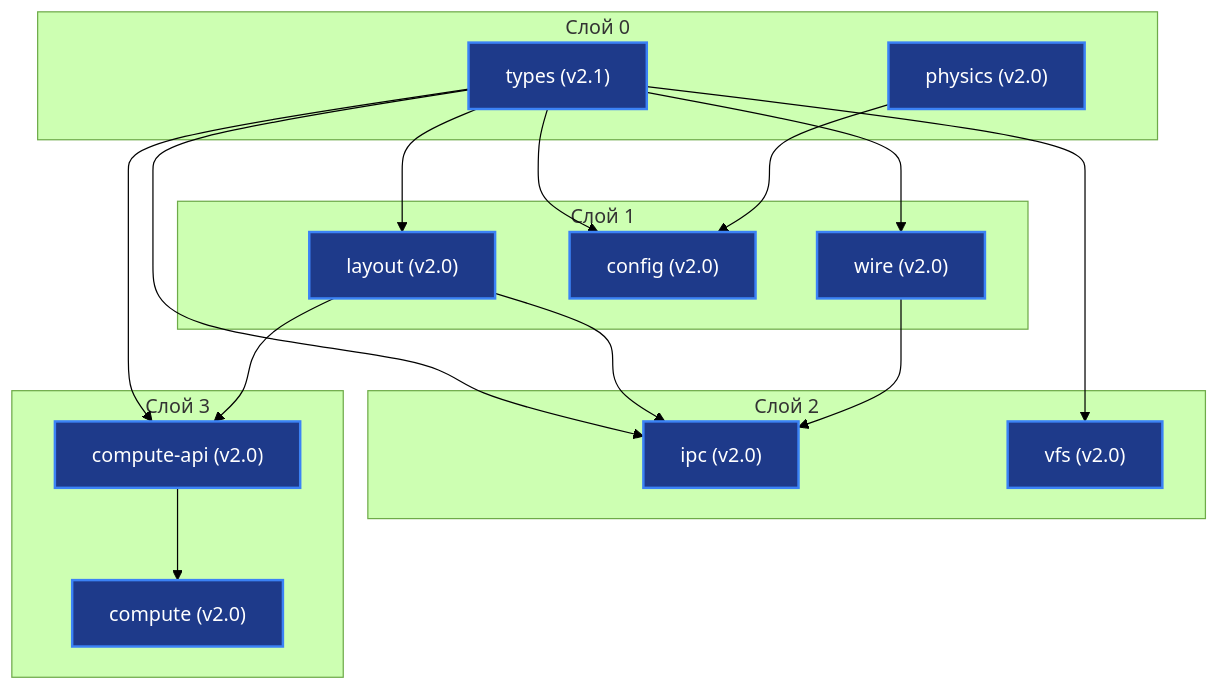
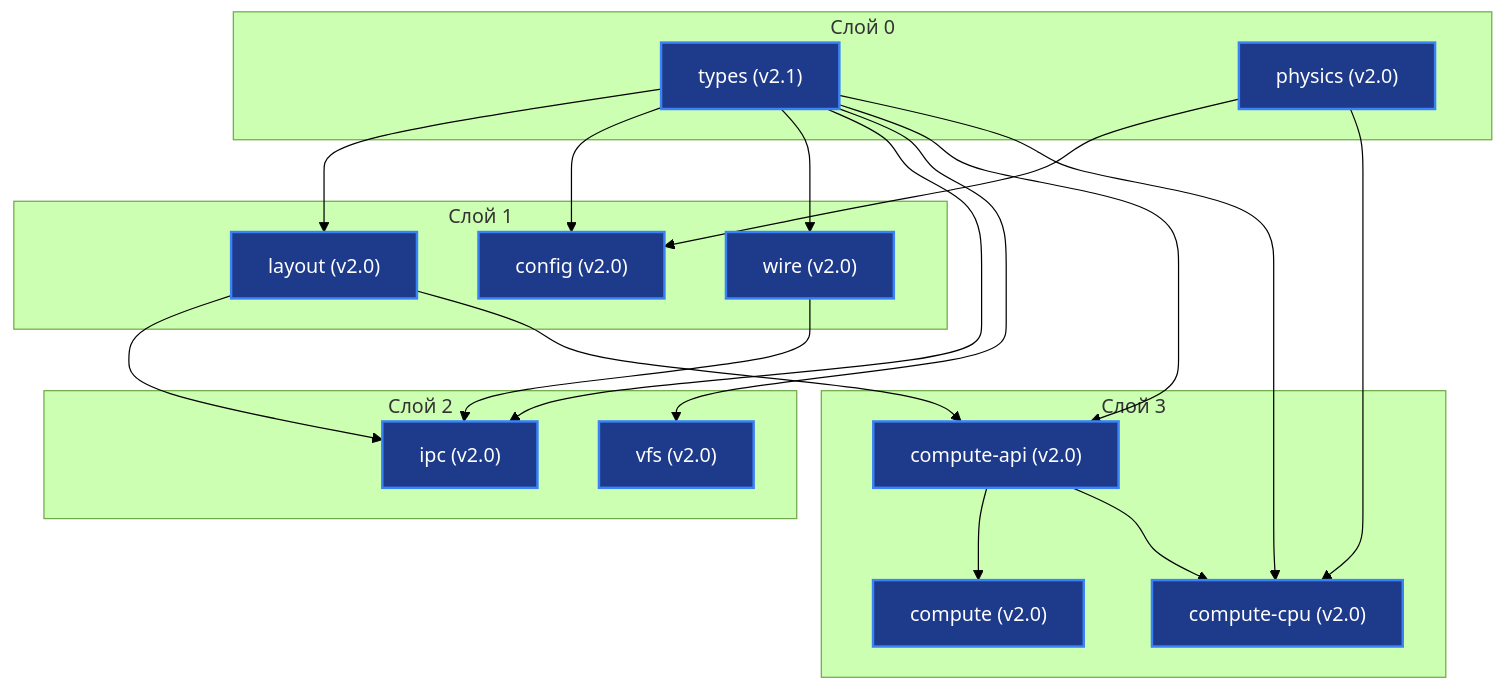
One commit to H4V1K-dev/axicor_enterprise changed the diagram in docs/engine/INDEX.md. Above: the diagram before and after it, drawn with Mermaid (forest theme). The commit also changed other lines of this file and 2 other files, not shown here.

Commit message:
docs: add compute CPU specifications and engine review documentation

````diff
--- a/docs/engine/INDEX.md
+++ b/docs/engine/INDEX.md
@@ -9,35 +9,39 @@
 ```mermaid
 graph TD
     subgraph L0["Слой 0"]
         types["types (v2.1)"]
         physics["physics (v2.0)"]
     end
     subgraph L1["Слой 1"]
         layout["layout (v2.0)"]
         config["config (v2.0)"]
         wire["wire (v2.0)"]
     end
     subgraph L2["Слой 2"]
         ipc["ipc (v2.0)"]
         vfs["vfs (v2.0)"]
     end
     subgraph L3["Слой 3"]
         compute_api["compute-api (v2.0)"]
         compute["compute (v2.0)"]
+        compute_cpu["compute-cpu (v2.0)"]
     end
 
     types --> layout
     types --> config
     types --> wire
     types --> ipc
     types --> vfs
     types --> compute_api
+    types --> compute_cpu
     physics --> config
+    physics --> compute_cpu
     layout --> ipc
     wire --> ipc
     layout --> compute_api
     compute_api --> compute
+    compute_api --> compute_cpu
 
     classDef active fill:#1e3a8a,stroke:#3b82f6,stroke-width:2px,color:#fff;
-    class types,physics,layout,config,wire,ipc,vfs,compute_api,compute active;
+    class types,physics,layout,config,wire,ipc,vfs,compute_api,compute,compute_cpu active;
 ```
````
